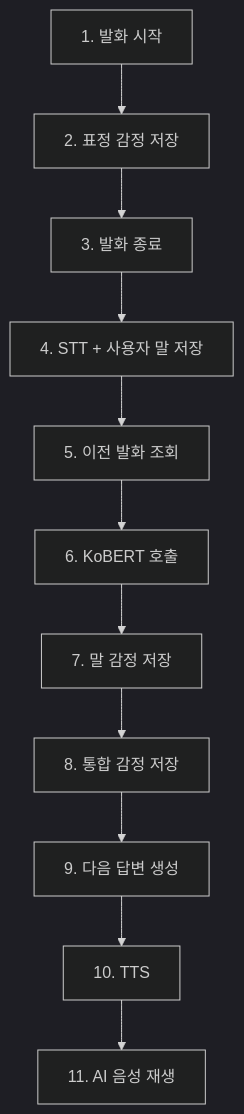
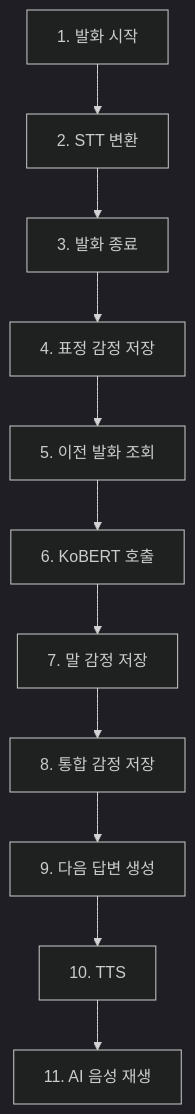
The diagram in API_USAGE_GUIDE.md (seniorDigitalAlbum/backend), drawn with Mermaid (dark theme) before and after one commit. The commit also changed other lines of this file, not shown here.

````diff
--- a/API_USAGE_GUIDE.md
+++ b/API_USAGE_GUIDE.md
@@ -41,13 +41,13 @@
 ```mermaid
 graph TD
-    A[1. 발화 시작] --> B[2. 표정 감정 저장]
+    A[1. 발화 시작] --> B[2. STT 변환]
     B --> C[3. 발화 종료]
-    C --> D[4. STT + 사용자 말 저장]
+    C --> D[4. 표정 감정 저장]
     D --> E[5. 이전 발화 조회]
     E --> F[6. KoBERT 호출]
     F --> G[7. 말 감정 저장]
     G --> H[8. 통합 감정 저장]
     H --> I[9. 다음 답변 생성]
     I --> J[10. TTS]
     J --> K[11. AI 음성 재생]
 ```
````
